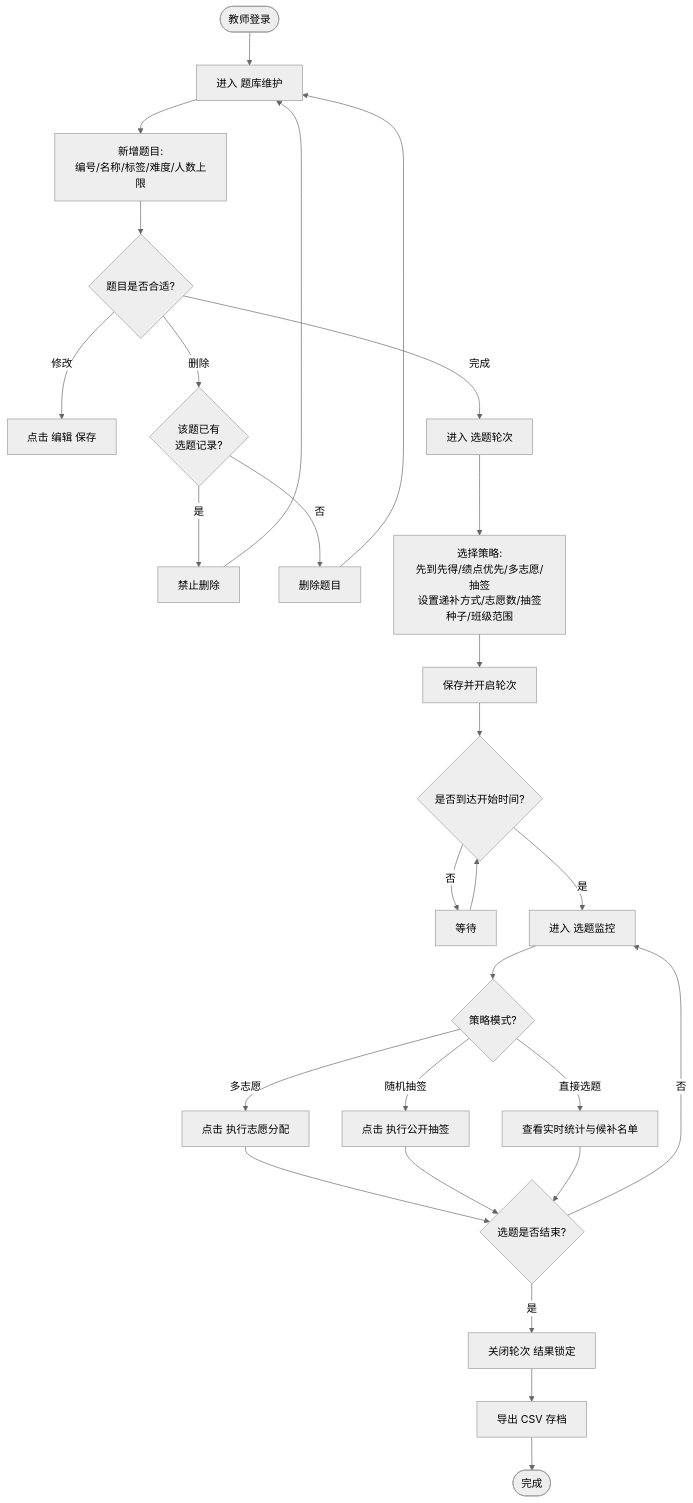
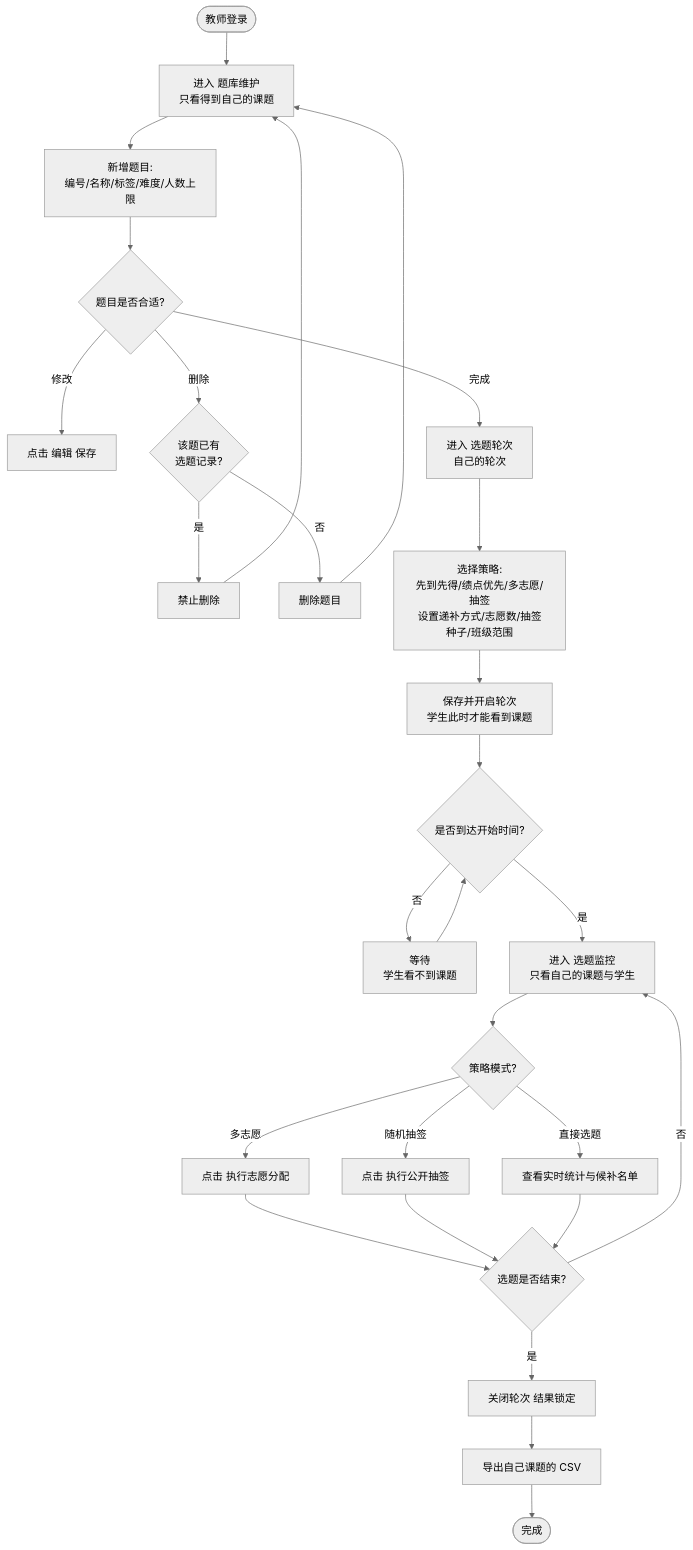
One commit to haixiaoyuntian/topicgo changed the third of 5 diagrams in student-topic-system/wiki/06-使用流程.md. Above: the diagram before and after it, drawn with Mermaid (neutral theme). The commit also changed other lines of this file and 11 other files, not shown here.

````diff
--- a/student-topic-system/wiki/06-使用流程.md
+++ b/student-topic-system/wiki/06-使用流程.md
@@ -73,26 +78,26 @@
 ```mermaid
 flowchart TD
-    T1([教师登录]) --> T2[进入 题库维护]
+    T1([教师登录]) --> T2[进入 题库维护<br/>只看得到自己的课题]
     T2 --> T3[新增题目:<br/>编号/名称/标签/难度/人数上限]
     T3 --> T4{题目是否合适?}
     T4 -- 修改 --> T5[点击 编辑 保存]
     T4 -- 删除 --> T6{该题已有<br/>选题记录?}
     T6 -- 是 --> T7[禁止删除] --> T2
     T6 -- 否 --> T8[删除题目] --> T2
-    T4 -- 完成 --> T9[进入 选题轮次]
+    T4 -- 完成 --> T9[进入 选题轮次<br/>自己的轮次]
     T9 --> T10[选择策略:<br/>先到先得/绩点优先/多志愿/抽签<br/>设置递补方式/志愿数/抽签种子/班级范围]
-    T10 --> T11[保存并开启轮次]
+    T10 --> T11[保存并开启轮次<br/>学生此时才能看到课题]
     T11 --> T12{是否到达开始时间?}
-    T12 -- 否 --> T13[等待] --> T12
-    T12 -- 是 --> T14[进入 选题监控]
+    T12 -- 否 --> T13[等待<br/>学生看不到课题] --> T12
+    T12 -- 是 --> T14[进入 选题监控<br/>只看自己的课题与学生]
     T14 --> T15{策略模式?}
     T15 -- 多志愿 --> A1[点击 执行志愿分配]
     T15 -- 随机抽签 --> A2[点击 执行公开抽签]
     T15 -- 直接选题 --> A3[查看实时统计与候补名单]
     A1 --> T16{选题是否结束?}
     A2 --> T16
     A3 --> T16
     T16 -- 否 --> T14
     T16 -- 是 --> T17[关闭轮次 结果锁定]
-    T17 --> T18[导出 CSV 存档] --> T19([完成])
+    T17 --> T18[导出自己课题的 CSV] --> T19([完成])
 ```
````
